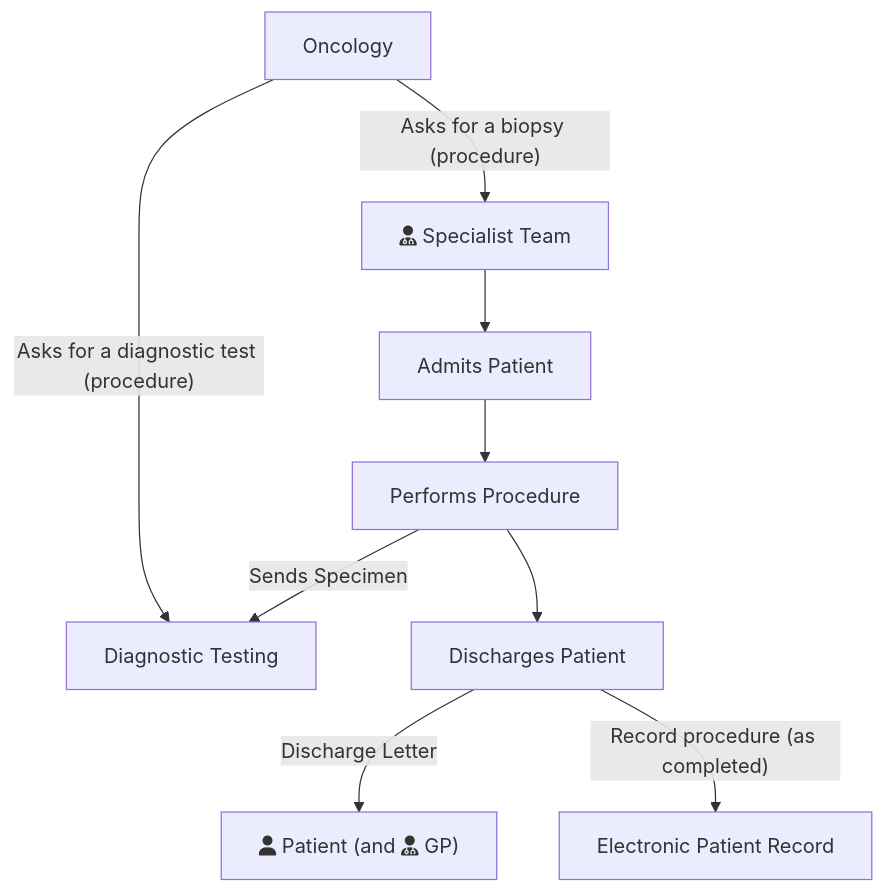
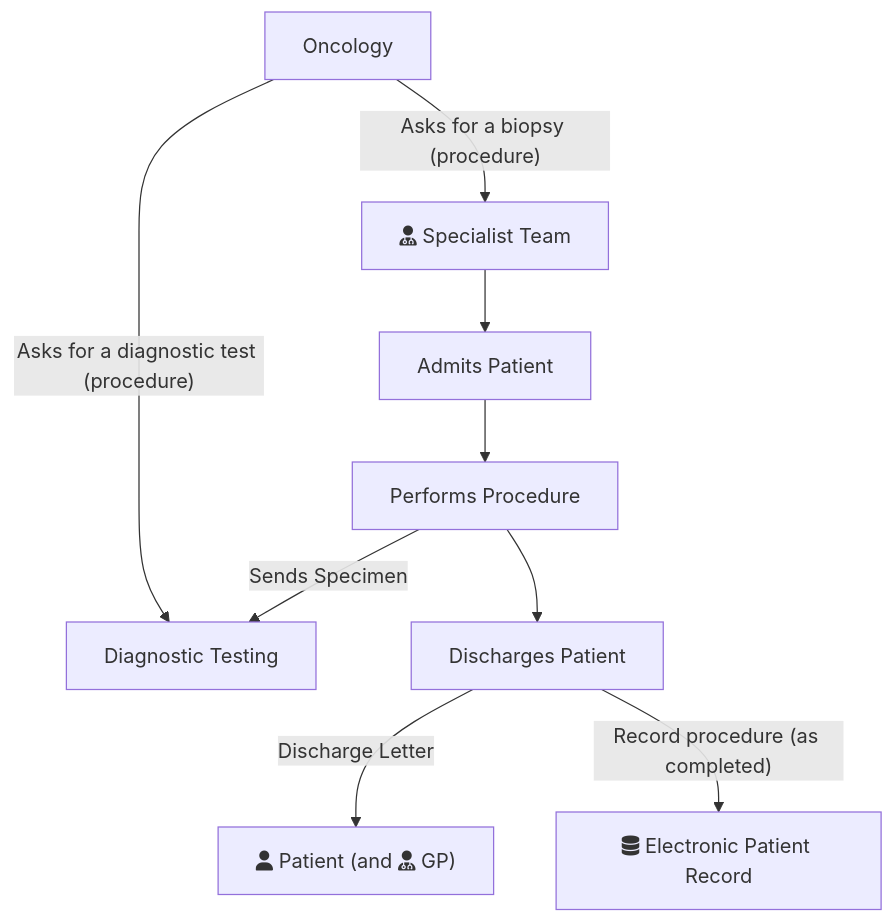
Before and after one commit to uk-gov-mirror/nw-gmsa.nw-gmsa.github.com: the diagram in input/intro-notes/ExampleScenario-BiopsyProcedure-intro.md, drawn with Mermaid. The commit also changed 1 other file, not shown here.

Commit message:
fontawesome local

````diff
--- a/input/intro-notes/ExampleScenario-BiopsyProcedure-intro.md
+++ b/input/intro-notes/ExampleScenario-BiopsyProcedure-intro.md
@@ -2,12 +2,12 @@
 ```mermaid
 graph TD;
 
     Oncology --> |"Asks for a biopsy (procedure)"| SpecialistTeam[fas:fa-user-md Specialist Team]
     Oncology --> |"Asks for a diagnostic test (procedure)"| DiagnosticTesting[Diagnostic Testing]
     SpecialistTeam --> Admits[Admits Patient]
     Admits --> Performs[Performs Procedure]
     Performs --> Discharge[Discharges Patient]
     Performs --> |Sends Specimen| DiagnosticTesting
     Discharge --> |Discharge Letter| Patient["fas:fa-user Patient (and fas:fa-user-md GP)"]
-    Discharge --> |"Record procedure (as completed)"| EPR["Electronic Patient Record"]
+    Discharge --> |"Record procedure (as completed)"| EPR["fas:fa-database Electronic Patient Record"]
 ```
````
